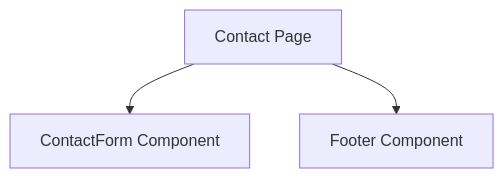
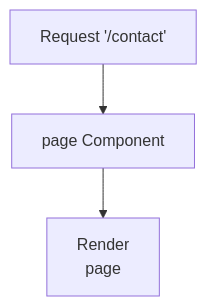
The diagram in docs/app/contact/page.tsx.md (Aradhana-Platform/kohamar-aradhanaplatform.com), drawn with Mermaid before and after one commit. The commit also changed other lines of this file and 53 other files, not shown here.

````diff
--- a/docs/app/contact/page.tsx.md
+++ b/docs/app/contact/page.tsx.md
@@ -26,5 +29,5 @@
 ```mermaid
 flowchart TD
-A[Contact Page] --> B[ContactForm Component]
-A --> C[Footer Component]
+    A[Request '/contact'] --> B[page Component]
+    B --> C[Render <div>page</div>]
 ```
````
